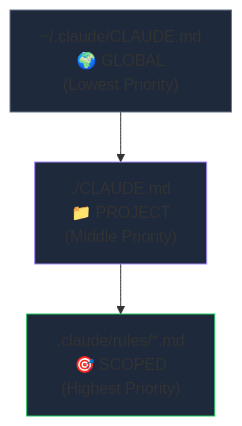
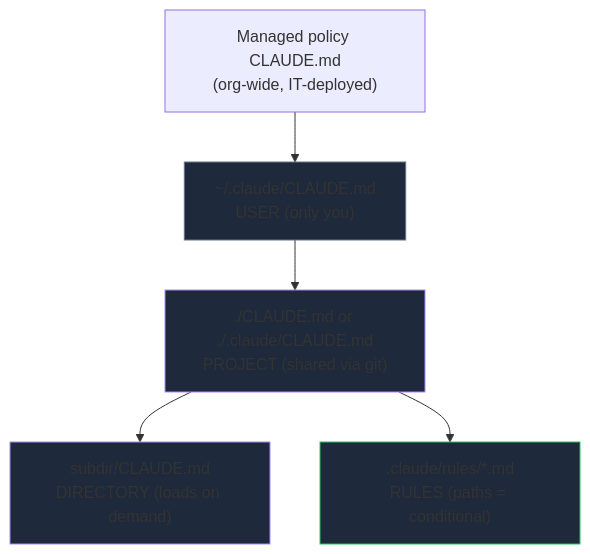
Before and after one commit to ajeetchouksey/ajch_skillup: the first of 3 diagrams in content/skillup/ccaf/notes/d2-claude-code-config.md, drawn with Mermaid. The commit also changed other lines of this file and 157 other files, not shown here.

````diff
--- a/content/skillup/ccaf/notes/d2-claude-code-config.md
+++ b/content/skillup/ccaf/notes/d2-claude-code-config.md
@@ -36,9 +37,12 @@
 ```mermaid
 graph TD
-    G["~/.claude/CLAUDE.md<br/>🌍 GLOBAL<br/>(Lowest Priority)"] --> P["./CLAUDE.md<br/>📁 PROJECT<br/>(Middle Priority)"]
-    P --> S[".claude/rules/*.md<br/>🎯 SCOPED<br/>(Highest Priority)"]
-    
-    style G fill:#1e293b,stroke:#64748b
+    M["Managed policy CLAUDE.md<br/>(org-wide, IT-deployed)"] --> U["~/.claude/CLAUDE.md<br/>USER (only you)"]
+    U --> P["./CLAUDE.md or ./.claude/CLAUDE.md<br/>PROJECT (shared via git)"]
+    P --> D["subdir/CLAUDE.md<br/>DIRECTORY (loads on demand)"]
+    P --> R[".claude/rules/*.md<br/>RULES (paths = conditional)"]
+
+    style U fill:#1e293b,stroke:#64748b
     style P fill:#1e293b,stroke:#a78bfa
-    style S fill:#1e293b,stroke:#22c55e
+    style D fill:#1e293b,stroke:#a78bfa
+    style R fill:#1e293b,stroke:#22c55e
 ```
````
